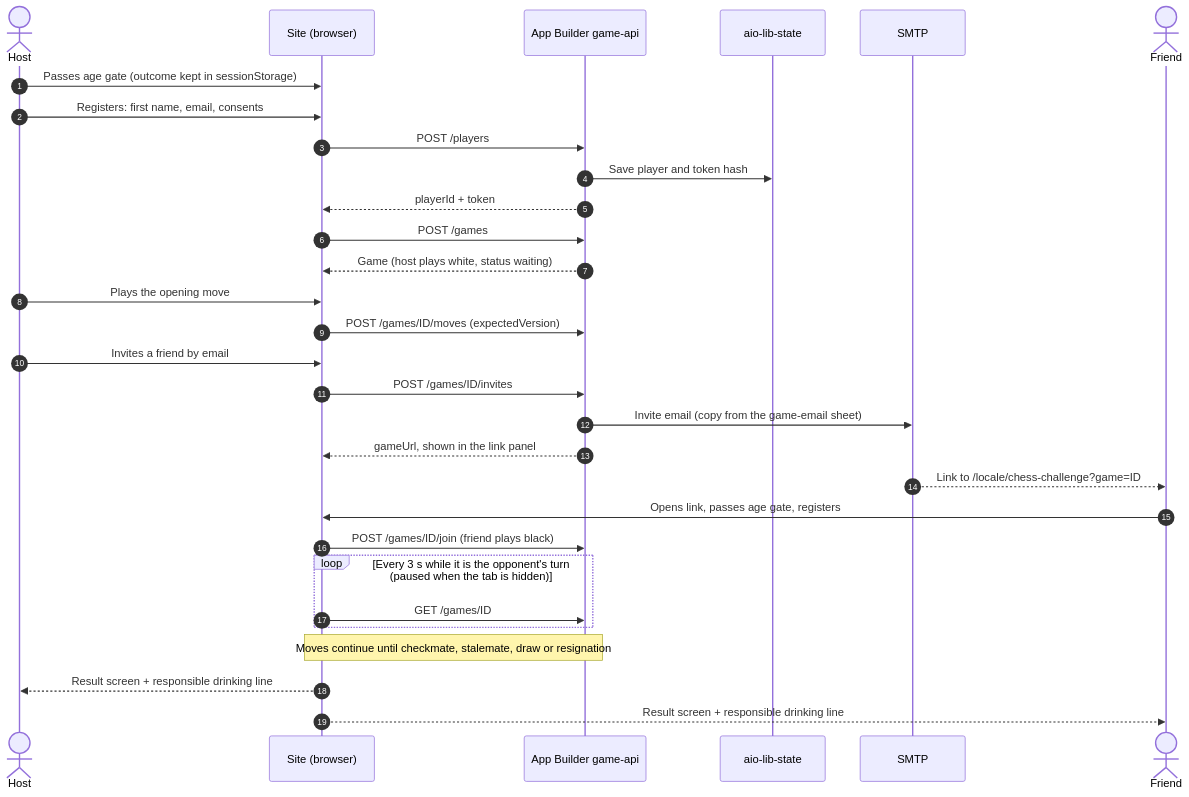
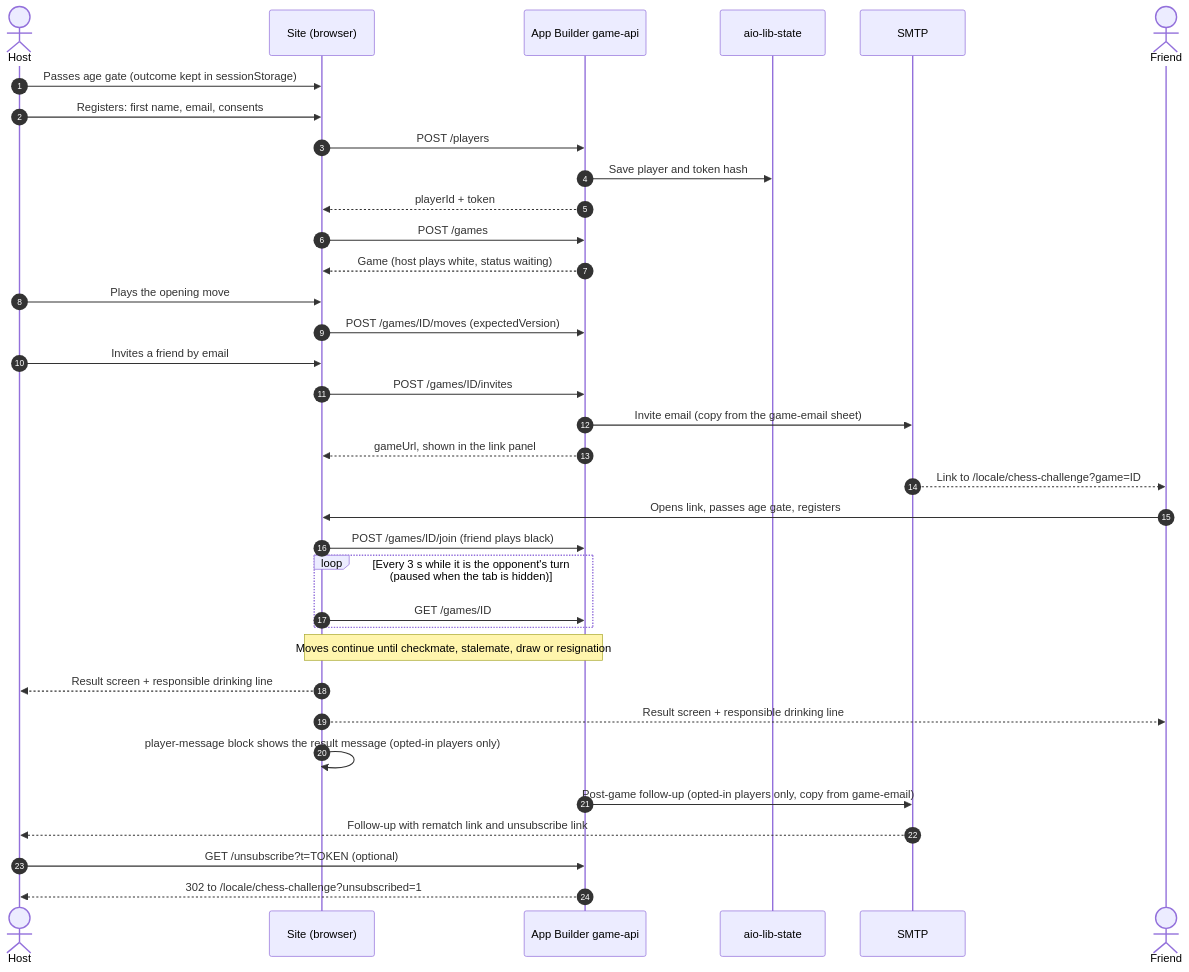
The second of 4 diagrams in docs/architecture.md (adcomeds/demo-suze), drawn with Mermaid before and after one commit. The commit also changed other lines of this file and 41 other files, not shown here.

First line of the commit message:
Add consumer data capture and marketing messaging to the chess challenge

````diff
--- a/docs/architecture.md
+++ b/docs/architecture.md
@@ -71,33 +82,38 @@
 ```mermaid
 sequenceDiagram
   autonumber
   actor Host
   participant Site as Site (browser)
   participant API as App Builder game-api
   participant Store as aio-lib-state
   participant Mail as SMTP
   actor Friend
 
   Host->>Site: Passes age gate (outcome kept in sessionStorage)
   Host->>Site: Registers: first name, email, consents
   Site->>API: POST /players
   API->>Store: Save player and token hash
   API-->>Site: playerId + token
   Site->>API: POST /games
   API-->>Site: Game (host plays white, status waiting)
   Host->>Site: Plays the opening move
   Site->>API: POST /games/ID/moves (expectedVersion)
   Host->>Site: Invites a friend by email
   Site->>API: POST /games/ID/invites
   API->>Mail: Invite email (copy from the game-email sheet)
   API-->>Site: gameUrl, shown in the link panel
   Mail-->>Friend: Link to /locale/chess-challenge?game=ID
   Friend->>Site: Opens link, passes age gate, registers
   Site->>API: POST /games/ID/join (friend plays black)
   loop Every 3 s while it is the opponent's turn (paused when the tab is hidden)
     Site->>API: GET /games/ID
   end
   Note over Site,API: Moves continue until checkmate, stalemate, draw or resignation
   Site-->>Host: Result screen + responsible drinking line
   Site-->>Friend: Result screen + responsible drinking line
+  Site->>Site: player-message block shows the result message (opted-in players only)
+  API->>Mail: Post-game follow-up (opted-in players only, copy from game-email)
+  Mail-->>Host: Follow-up with rematch link and unsubscribe link
+  Host->>API: GET /unsubscribe?t=TOKEN (optional)
+  API-->>Host: 302 to /locale/chess-challenge?unsubscribed=1
 ```
````
